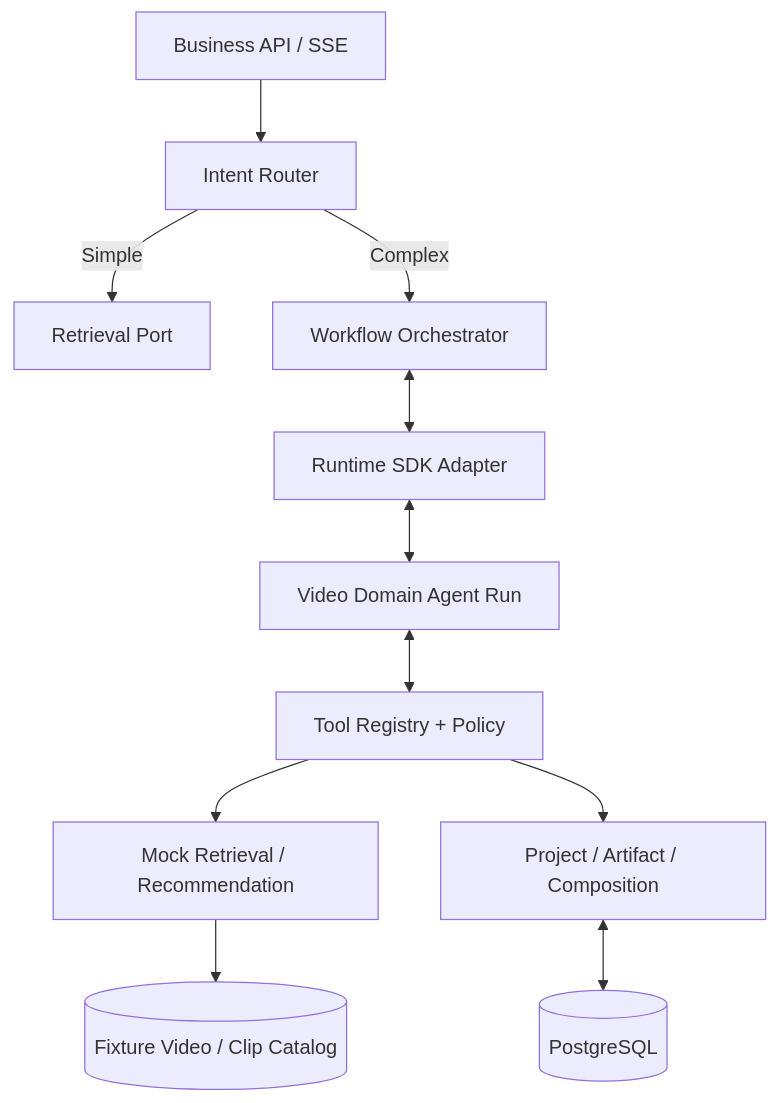
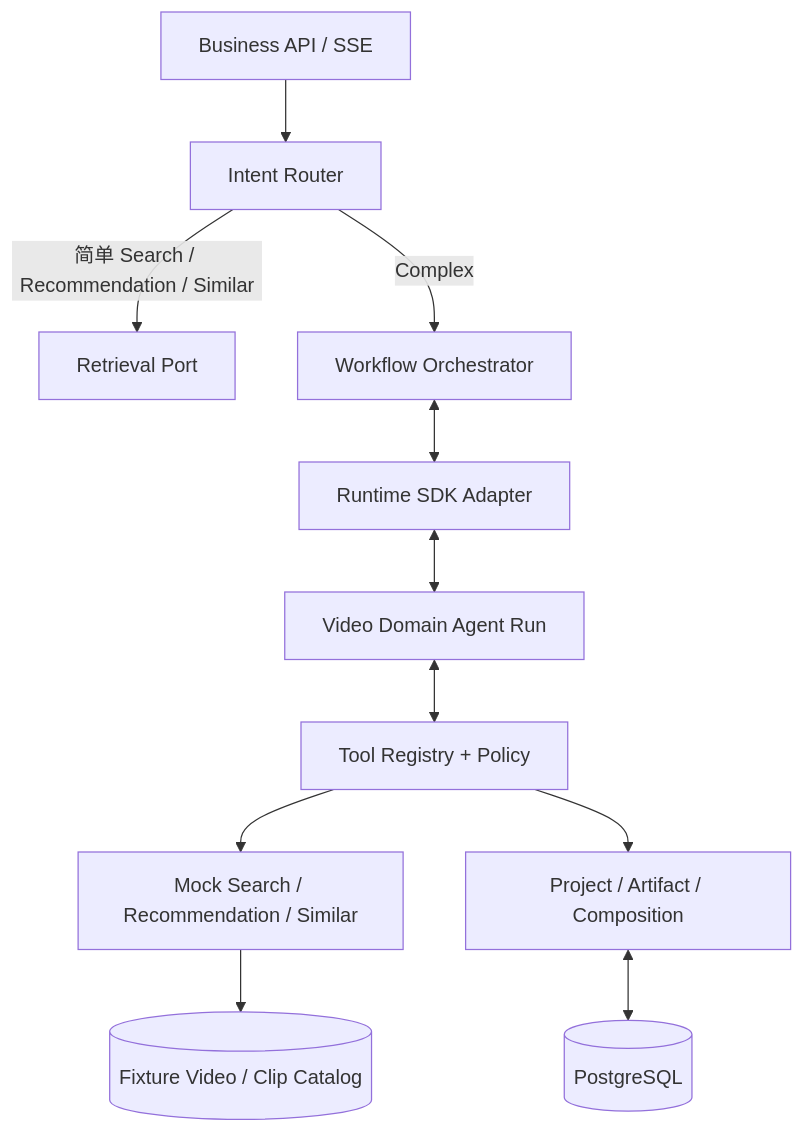
The first of 4 diagrams in implementation/04_VideoDomainAgent_详细设计与实施手册.md (human-cosmos/search-rec-docs), drawn with Mermaid before and after one commit. The commit also changed other lines of this file and 7 other files, not shown here.

Commit message:
docs: align Video/Clip contracts and feedback flow

````diff
--- a/implementation/04_VideoDomainAgent_详细设计与实施手册.md
+++ b/implementation/04_VideoDomainAgent_详细设计与实施手册.md
@@ -69,13 +70,13 @@
 ```mermaid
 flowchart TB
   API[Business API / SSE] --> ROUTER[Intent Router]
-  ROUTER -->|Simple| PORT[Retrieval Port]
+  ROUTER -->|简单 Search / Recommendation / Similar| PORT[Retrieval Port]
   ROUTER -->|Complex| WF[Workflow Orchestrator]
   WF <--> SDK[Runtime SDK Adapter]
   SDK <--> AGENT[Video Domain Agent Run]
   AGENT <--> TOOLS[Tool Registry + Policy]
-  TOOLS --> RETRIEVAL[Mock Retrieval / Recommendation]
+  TOOLS --> RETRIEVAL[Mock Search / Recommendation / Similar]
   TOOLS --> DOMAIN[Project / Artifact / Composition]
   DOMAIN <--> DB[(PostgreSQL)]
   RETRIEVAL --> FIXTURES[(Fixture Video / Clip Catalog)]
 ```
````
